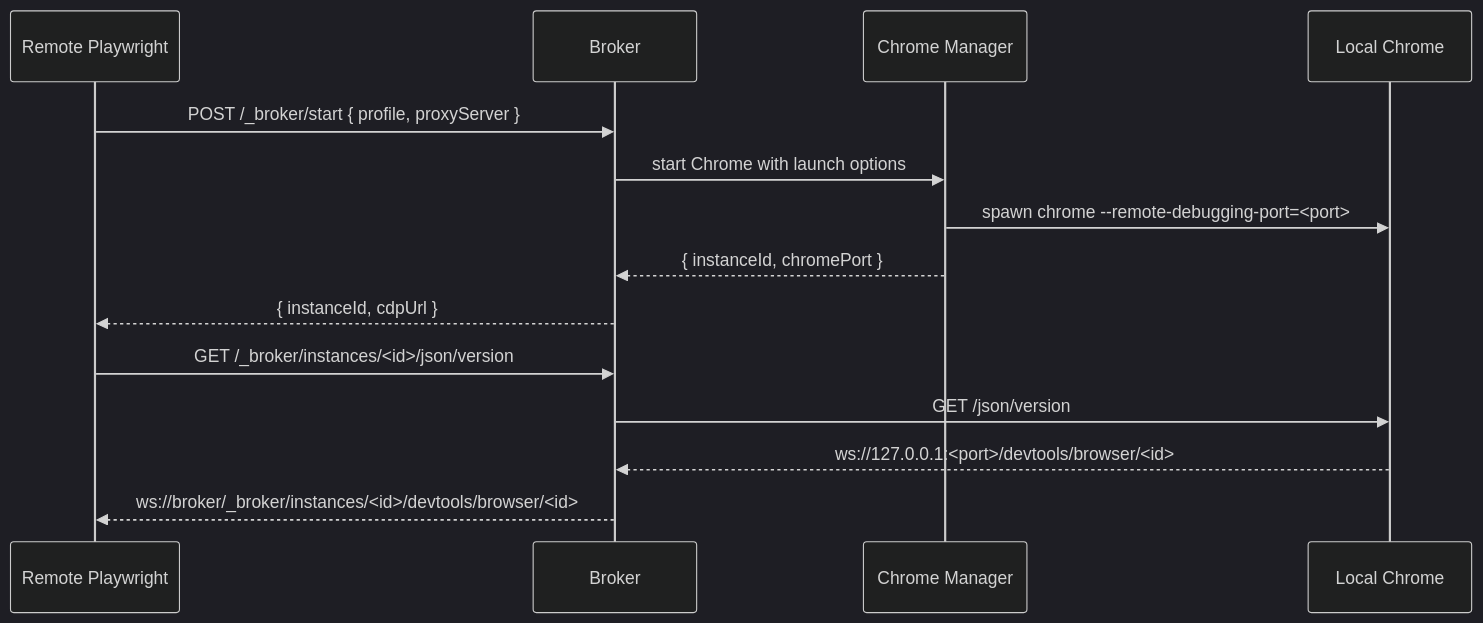
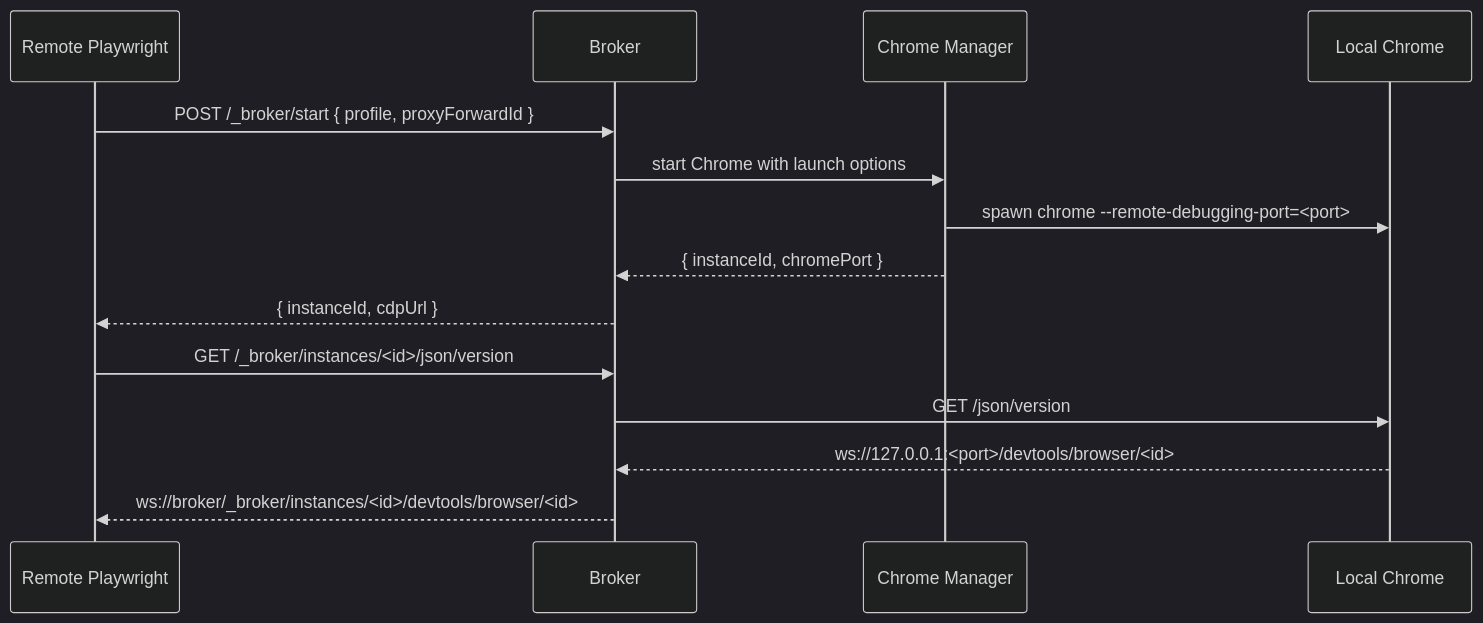
One commit to sloppygadget-bot/pw-cdp-broker changed the diagram in .kn/fs/features/remote-browser-lifecycle-control.md. Above: the diagram before and after it, drawn with Mermaid (dark theme). The commit also changed other lines of this file and 24 other files, not shown here.

````diff
--- a/.kn/fs/features/remote-browser-lifecycle-control.md
+++ b/.kn/fs/features/remote-browser-lifecycle-control.md
@@ -35,17 +34,17 @@
 ```mermaid
 sequenceDiagram
   participant PW as Remote Playwright
   participant B as Broker
   participant M as Chrome Manager
   participant C as Local Chrome
 
-  PW->>B: POST /_broker/start { profile, proxyServer }
+  PW->>B: POST /_broker/start { profile, proxyForwardId }
   B->>M: start Chrome with launch options
   M->>C: spawn chrome --remote-debugging-port=<port>
   M-->>B: { instanceId, chromePort }
   B-->>PW: { instanceId, cdpUrl }
   PW->>B: GET /_broker/instances/<id>/json/version
   B->>C: GET /json/version
   C-->>B: ws://127.0.0.1:<port>/devtools/browser/<id>
   B-->>PW: ws://broker/_broker/instances/<id>/devtools/browser/<id>
 ```
````
